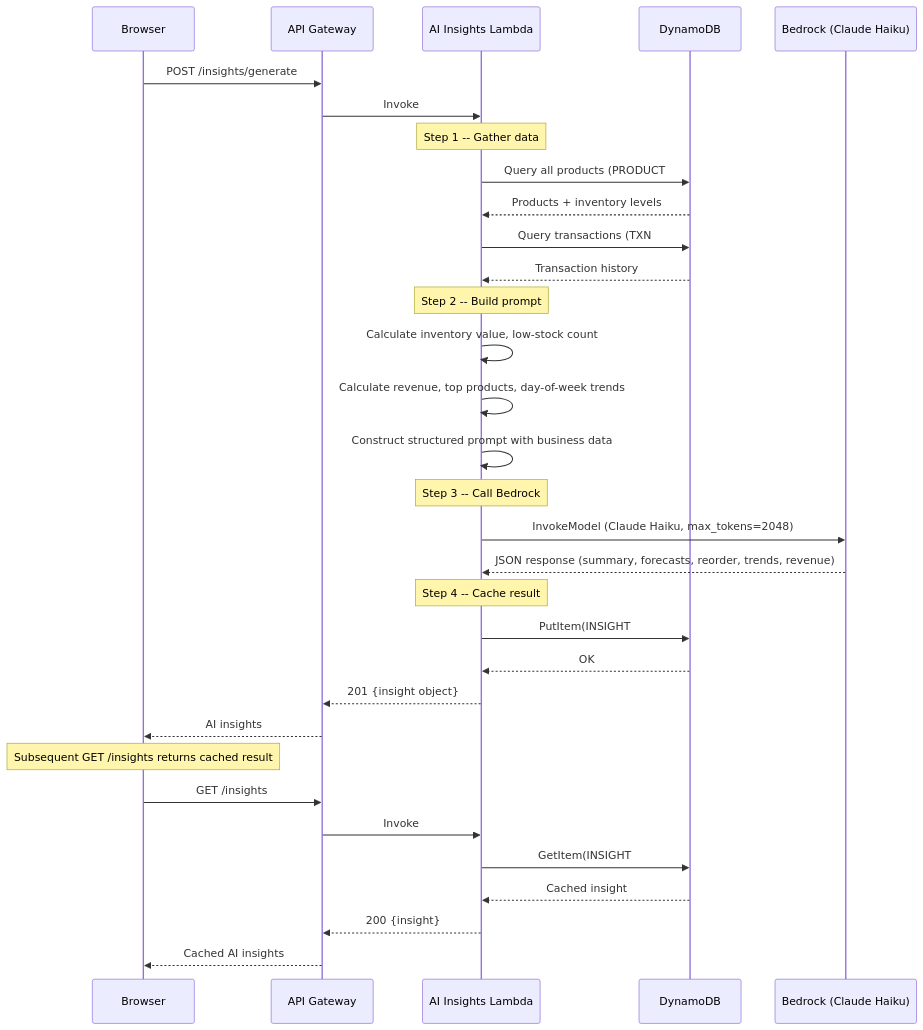
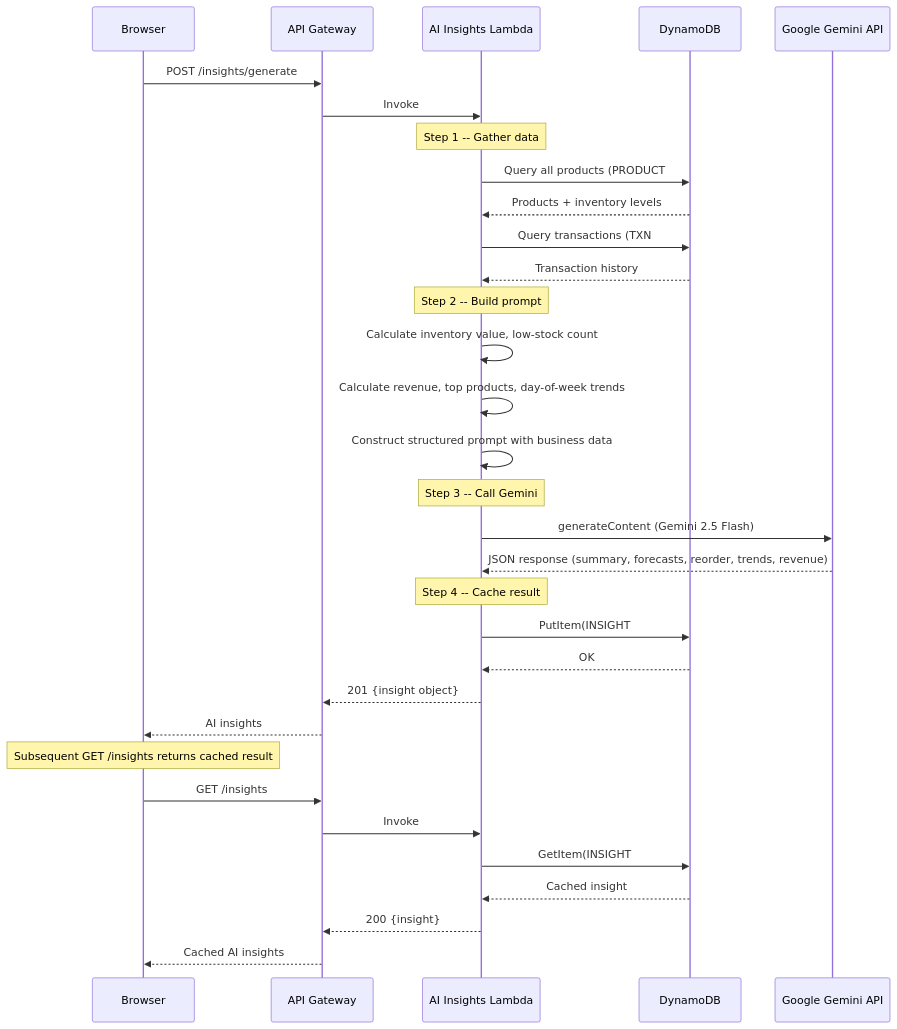
One commit to davidballad/crm_ai changed the seventh of 10 diagrams in docs/architecture.md. Above: the diagram before and after it, drawn with Mermaid. The commit also changed other lines of this file and 36 other files, not shown here.

````diff
--- a/docs/architecture.md
+++ b/docs/architecture.md
@@ -303,41 +307,41 @@
 ```mermaid
 sequenceDiagram
   participant B as Browser
   participant AG as API Gateway
   participant AI as AI Insights Lambda
   participant DB as DynamoDB
-  participant BR as Bedrock (Claude Haiku)
+  participant GM as Google Gemini API
 
   B->>AG: POST /insights/generate
   AG->>AI: Invoke
 
   Note over AI: Step 1 -- Gather data
   AI->>DB: Query all products (PRODUCT#)
   DB-->>AI: Products + inventory levels
   AI->>DB: Query transactions (TXN#, last 30 days)
   DB-->>AI: Transaction history
 
   Note over AI: Step 2 -- Build prompt
   AI->>AI: Calculate inventory value, low-stock count
   AI->>AI: Calculate revenue, top products, day-of-week trends
   AI->>AI: Construct structured prompt with business data
 
-  Note over AI: Step 3 -- Call Bedrock
-  AI->>BR: InvokeModel (Claude Haiku, max_tokens=2048)
-  BR-->>AI: JSON response (summary, forecasts, reorder, trends, revenue)
+  Note over AI: Step 3 -- Call Gemini
+  AI->>GM: generateContent (Gemini 2.5 Flash)
+  GM-->>AI: JSON response (summary, forecasts, reorder, trends, revenue)
 
   Note over AI: Step 4 -- Cache result
   AI->>DB: PutItem(INSIGHT#<today>, TTL=7 days)
   DB-->>AI: OK
 
   AI-->>AG: 201 {insight object}
   AG-->>B: AI insights
 
   Note over B: Subsequent GET /insights returns cached result
   B->>AG: GET /insights
   AG->>AI: Invoke
   AI->>DB: GetItem(INSIGHT#<today>)
   DB-->>AI: Cached insight
   AI-->>AG: 200 {insight}
   AG-->>B: Cached AI insights
 ```
````
